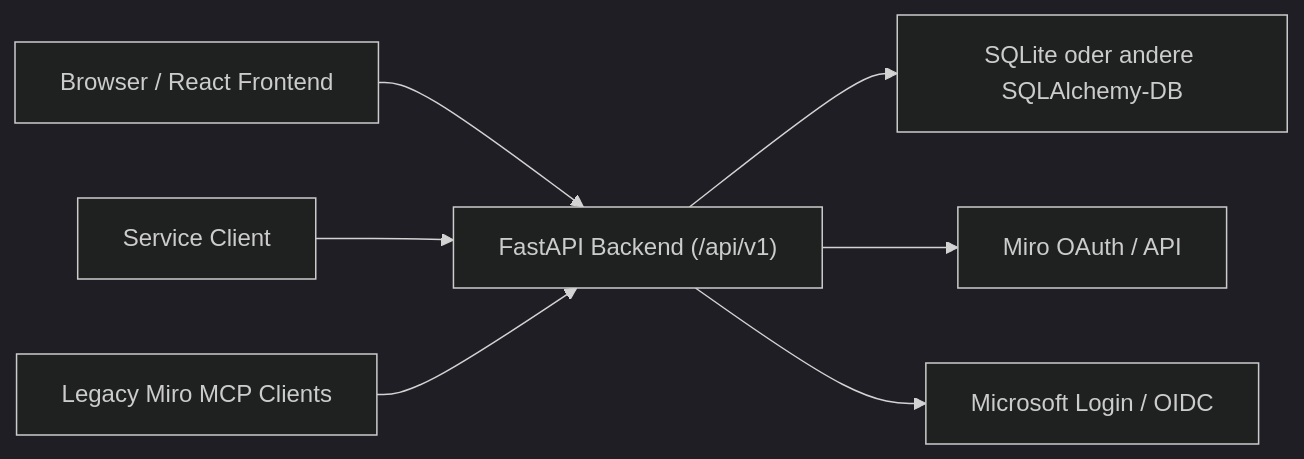
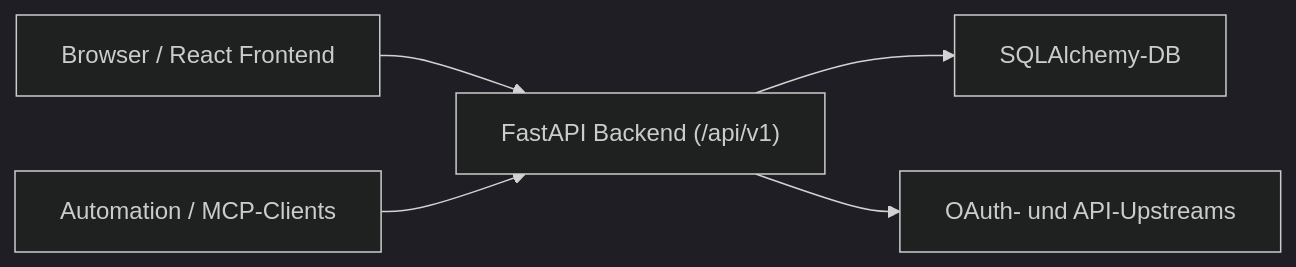
The diagram in docs/technische-referenz.md (skiweg1985/miro-mcp-relay), drawn with Mermaid (dark theme) before and after one commit. The commit also changed other lines of this file and 8 other files, not shown here.

First line of the commit message:
docs: V2-Doku, README und CHANGELOG; chore(frontend): dist-Assets

````diff
--- a/docs/technische-referenz.md
+++ b/docs/technische-referenz.md
@@ -37,9 +12,7 @@
 ```mermaid
 flowchart LR
-    Browser["Browser / React Frontend"] --> API["FastAPI Backend (/api/v1)"]
-    API --> DB["SQLite oder andere SQLAlchemy-DB"]
-    API --> Miro["Miro OAuth / API"]
-    API --> Microsoft["Microsoft Login / OIDC"]
-    Service["Service Client"] --> API
-    LegacyClients["Legacy Miro MCP Clients"] --> API
+  Browser["Browser / React Frontend"] --> API["FastAPI Backend (/api/v1)"]
+  API --> DB["SQLAlchemy-DB"]
+  API --> Upstream["OAuth- und API-Upstreams"]
+  Consumer["Automation / MCP-Clients"] --> API
 ```
````
